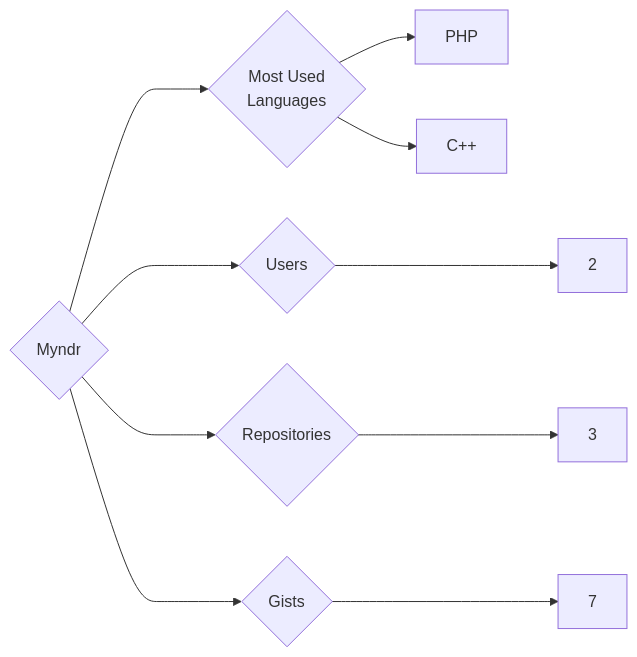
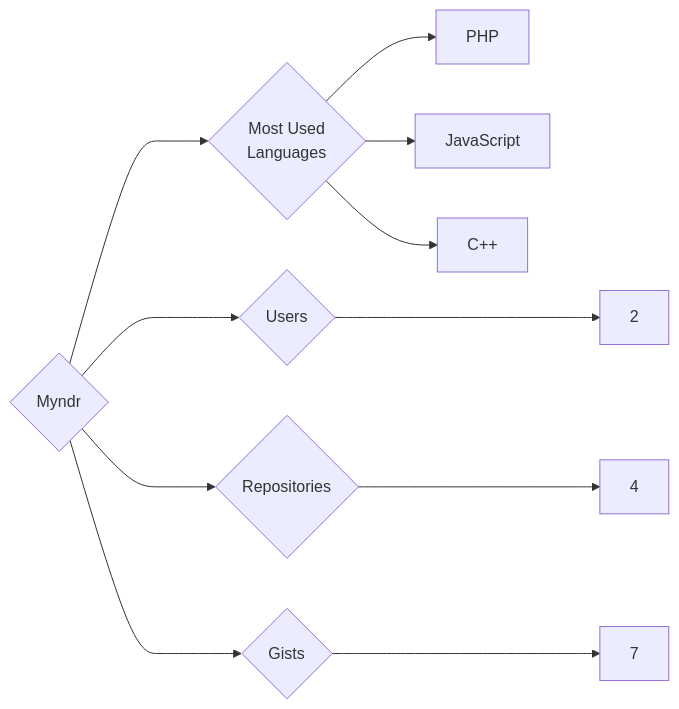
One commit to trickest/insiders changed the diagram in targets/Myndr/README.md. Above: the diagram before and after it, drawn with Mermaid. The commit also changed 796 other files, not shown here.

````diff
--- a/targets/Myndr/README.md
+++ b/targets/Myndr/README.md
@@ -3,10 +3,11 @@
 ```mermaid
 graph LR
 COMPANY_NAME{Myndr}
 COMPANY_NAME ---> U{Users} ---> UN[2]
-COMPANY_NAME ---> R{Repositories} ---> RN[3]
+COMPANY_NAME ---> R{Repositories} ---> RN[4]
 COMPANY_NAME ---> G{Gists} ---> GN[7]
 COMPANY_NAME ---> ML{Most Used<br>Languages}
 ML --> PHP[PHP]
+ML --> JavaScript[JavaScript]
 ML --> C++[C++]
 ```
````
